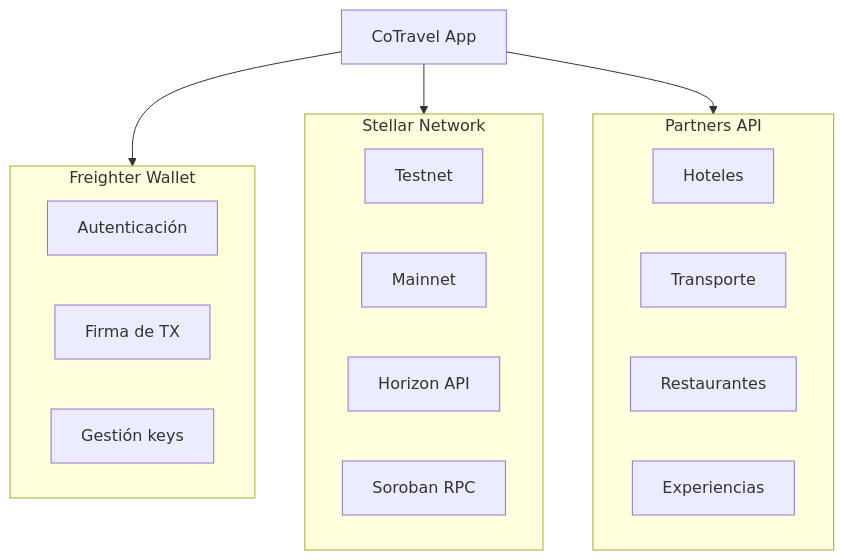
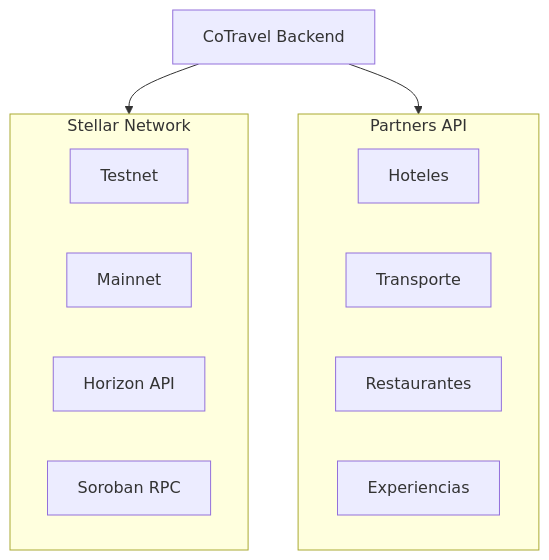
One commit to CoKeFish/Impacta-Bootcamp changed diagram 14 of 15 in ARCHITECTURE.md. Above: the diagram before and after it, drawn with Mermaid. The commit also changed other lines of this file and 9 other files, not shown here.

````diff
--- a/ARCHITECTURE.md
+++ b/ARCHITECTURE.md
@@ -515,27 +492,20 @@
 ```mermaid
 flowchart TB
-    APP[CoTravel App]
-    APP --> FW[Freighter Wallet]
+    APP[CoTravel Backend]
     APP --> SN[Stellar Network]
     APP --> PA[Partners API]
-
-    subgraph FW[Freighter Wallet]
-        A1[Autenticación]
-        A2[Firma de TX]
-        A3[Gestión keys]
-    end
 
     subgraph SN[Stellar Network]
         B1[Testnet]
         B2[Mainnet]
         B3[Horizon API]
         B4[Soroban RPC]
     end
 
     subgraph PA[Partners API]
         C1[Hoteles]
         C2[Transporte]
         C3[Restaurantes]
         C4[Experiencias]
     end
 ```
````
